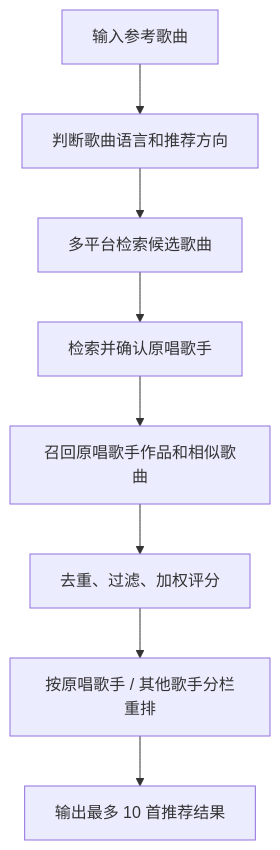
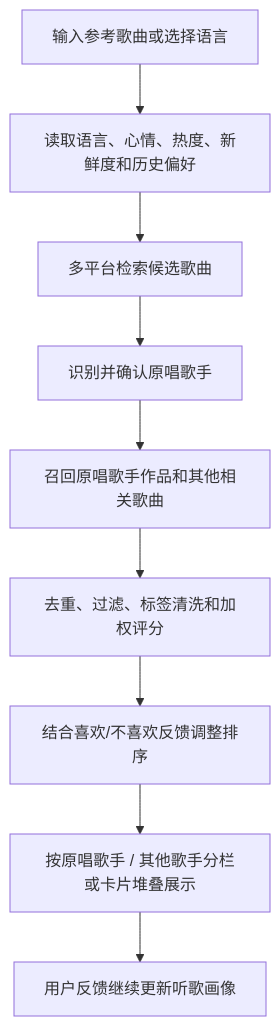
One commit to jiangking22/music_recommendation_system changed the diagram in README.md. Above: the diagram before and after it, drawn with Mermaid. The commit also changed other lines of this file and 3 other files, not shown here.

````diff
--- a/README.md
+++ b/README.md
@@ -127,10 +111,11 @@
 ```mermaid
 flowchart TD
-    A["输入参考歌曲"] --> B["判断歌曲语言和推荐方向"]
+    A["输入参考歌曲或选择语言"] --> B["读取语言、心情、热度、新鲜度和历史偏好"]
     B --> C["多平台检索候选歌曲"]
-    C --> D["检索并确认原唱歌手"]
-    D --> E["召回原唱歌手作品和相似歌曲"]
-    E --> F["去重、过滤、加权评分"]
-    F --> G["按原唱歌手 / 其他歌手分栏重排"]
-    G --> H["输出最多 10 首推荐结果"]
+    C --> D["识别并确认原唱歌手"]
+    D --> E["召回原唱歌手作品和其他相关歌曲"]
+    E --> F["去重、过滤、标签清洗和加权评分"]
+    F --> G["结合喜欢/不喜欢反馈调整排序"]
+    G --> H["按原唱歌手 / 其他歌手分栏或卡片堆叠展示"]
+    H --> I["用户反馈继续更新听歌画像"]
 ```
````
